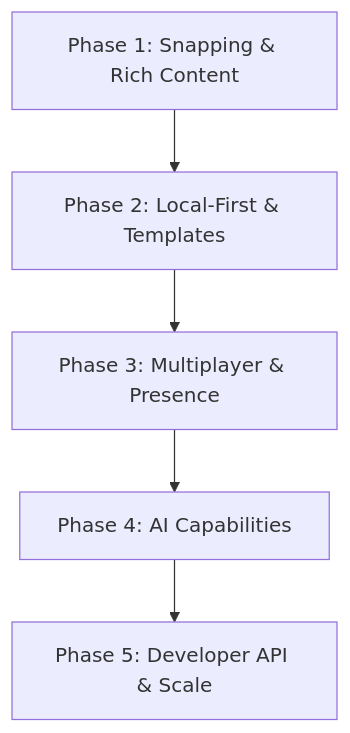
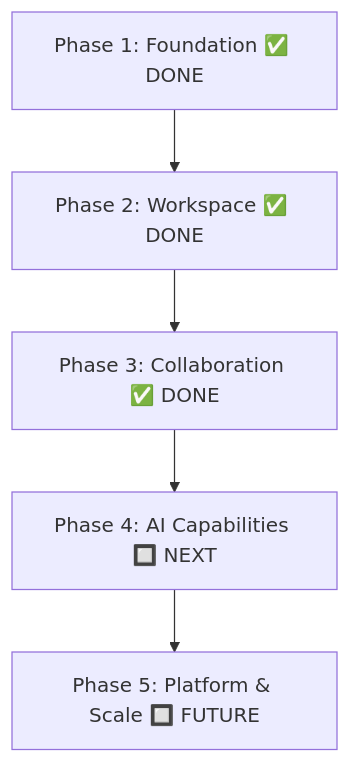
One commit to mkamrul9/Kidraw-canvas-app changed the diagram in docs/FUTURE_ROADMAP.md. Above: the diagram before and after it, drawn with Mermaid. The commit also changed other lines of this file and 7 other files, not shown here.

````diff
--- a/docs/FUTURE_ROADMAP.md
+++ b/docs/FUTURE_ROADMAP.md
@@ -261,7 +338,7 @@
 ```mermaid
 graph TD
-    A[Phase 1: Snapping & Rich Content] --> B[Phase 2: Local-First & Templates]
-    B --> C[Phase 3: Multiplayer & Presence]
-    C --> D[Phase 4: AI Capabilities]
-    D --> E[Phase 5: Developer API & Scale]
+    A["Phase 1: Foundation ✅ DONE"] --> B["Phase 2: Workspace ✅ DONE"]
+    B --> C["Phase 3: Collaboration ✅ DONE"]
+    C --> D["Phase 4: AI Capabilities 🔲 NEXT"]
+    D --> E["Phase 5: Platform & Scale 🔲 FUTURE"]
 ```
````
